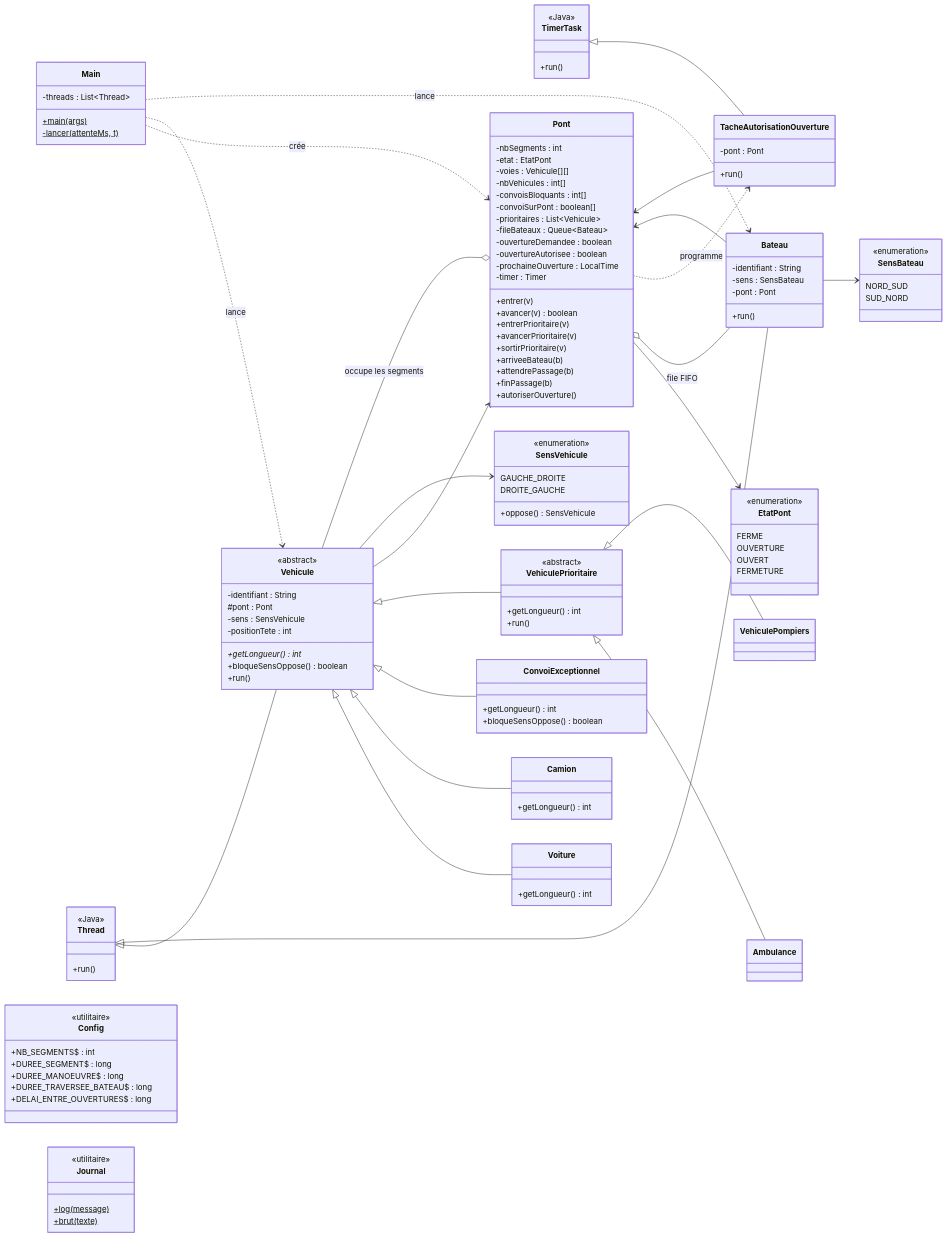
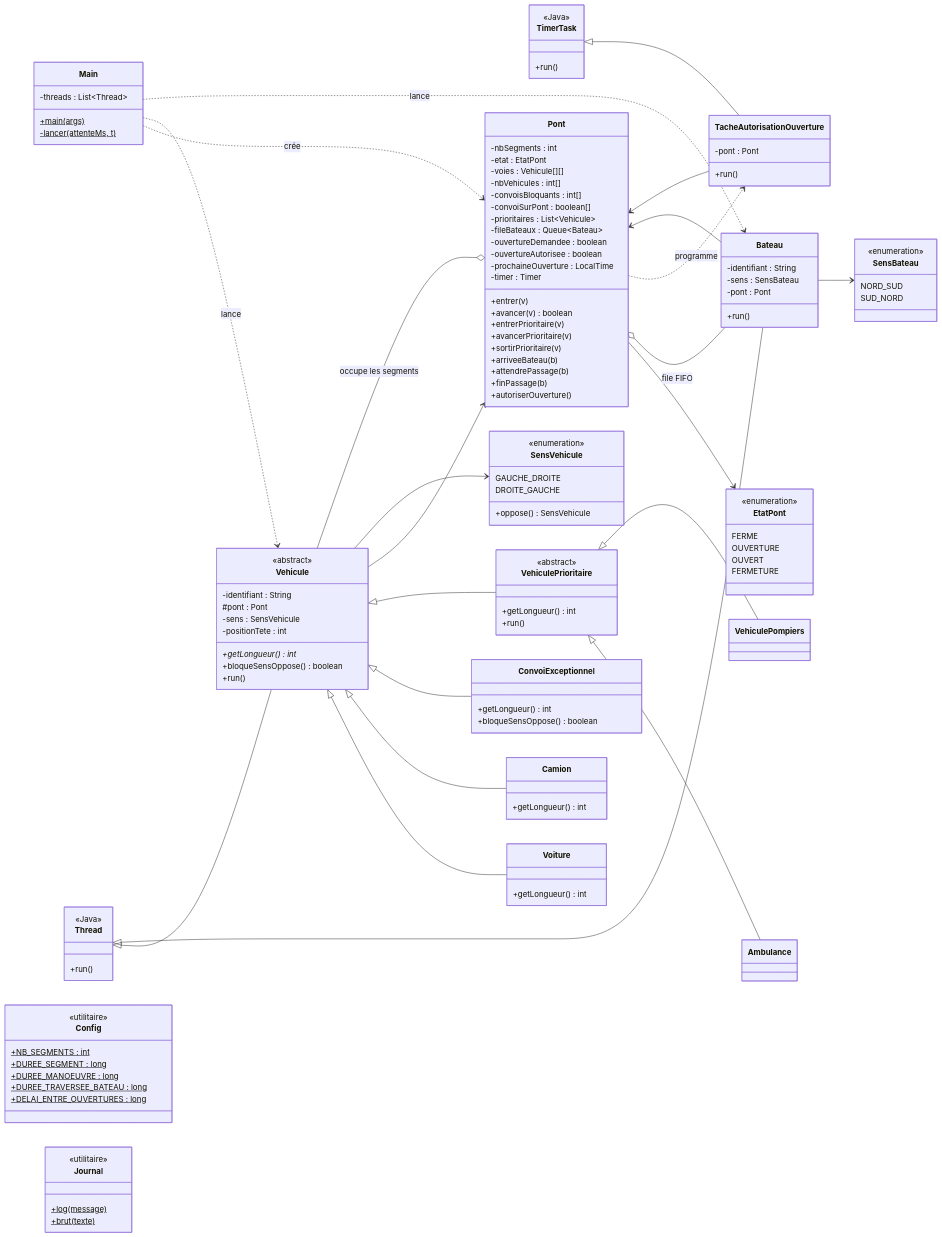
One commit to ChasseurDeMouche/simulation-pont-mobile-java changed the diagram in docs/UML.md. Above: the diagram before and after it, drawn with Mermaid. The commit also changed other lines of this file and 6 other files, not shown here.

Commit message:
fix: jar compatible Java 11 et UML exporte en PNG/PDF

```diff
--- a/docs/UML.md
+++ b/docs/UML.md
@@ -22,11 +24,11 @@
     }
     class Config {
         <<utilitaire>>
-        +NB_SEGMENTS$ : int
-        +DUREE_SEGMENT$ : long
-        +DUREE_MANOEUVRE$ : long
-        +DUREE_TRAVERSEE_BATEAU$ : long
-        +DELAI_ENTRE_OUVERTURES$ : long
+        +NB_SEGMENTS : int$
+        +DUREE_SEGMENT : long$
+        +DUREE_MANOEUVRE : long$
+        +DUREE_TRAVERSEE_BATEAU : long$
+        +DELAI_ENTRE_OUVERTURES : long$
     }
     class Journal {
         <<utilitaire>>
```
